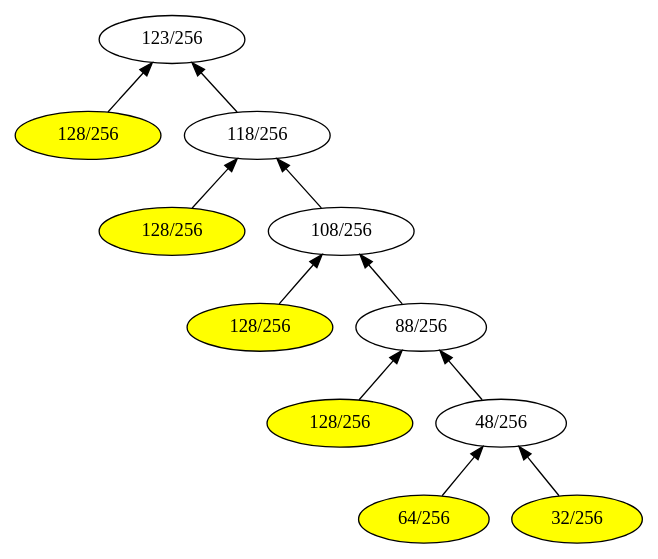
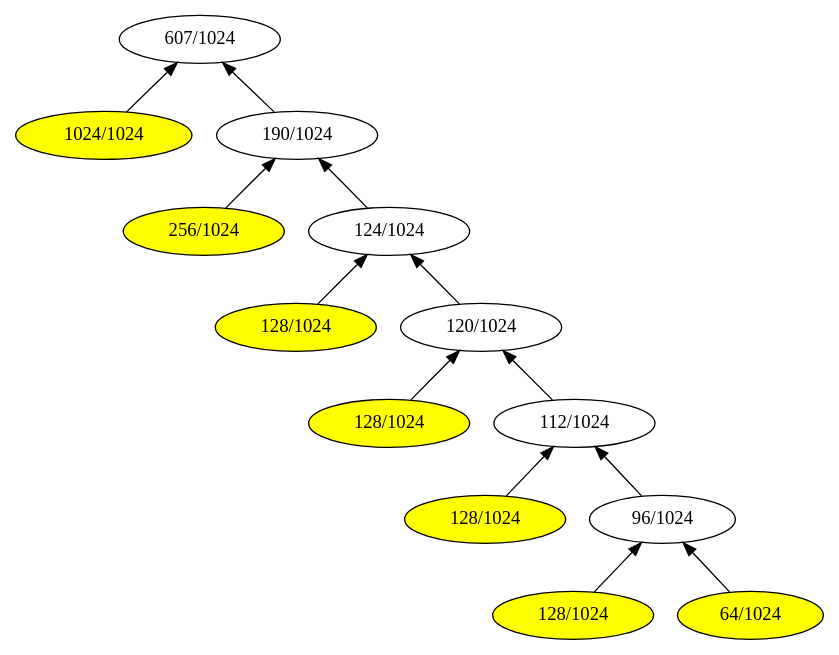
Before and after one commit to iitramar/guiTool: the diagram in GuiTool/image/Remia/RemiaDot.dot, drawn with Graphviz. The commit also changed 61 other files, not shown here.

```diff
--- a/GuiTool/image/Remia/RemiaDot.dot
+++ b/GuiTool/image/Remia/RemiaDot.dot
@@ -1,30 +1,35 @@
 digraph G { 
 rankdir = BT;
-1[label= " 123/256 " ];
-2[label= " 128/256 " ];
+1[label= " 607/1024 " ];
+2[label= " 1024/1024 " ];
 2->1
-3[label= " 118/256 " ];
+3[label= " 190/1024 " ];
 3->1
 2[style=filled, fillcolor=yellow];
-6[label= " 128/256 " ];
+6[label= " 256/1024 " ];
 6->3
-7[label= " 108/256 " ];
+7[label= " 124/1024 " ];
 7->3
 6[style=filled, fillcolor=yellow];
-14[label= " 128/256 " ];
+14[label= " 128/1024 " ];
 14->7
-15[label= " 88/256 " ];
+15[label= " 120/1024 " ];
 15->7
 14[style=filled, fillcolor=yellow];
-30[label= " 128/256 " ];
+30[label= " 128/1024 " ];
 30->15
-31[label= " 48/256 " ];
+31[label= " 112/1024 " ];
 31->15
 30[style=filled, fillcolor=yellow];
-62[label= " 64/256 " ];
+62[label= " 128/1024 " ];
 62->31
-63[label= " 32/256 " ];
+63[label= " 96/1024 " ];
 63->31
 62[style=filled, fillcolor=yellow];
-63[style=filled, fillcolor=yellow];
+126[label= " 128/1024 " ];
+126->63
+127[label= " 64/1024 " ];
+127->63
+126[style=filled, fillcolor=yellow];
+127[style=filled, fillcolor=yellow];
 }
```
